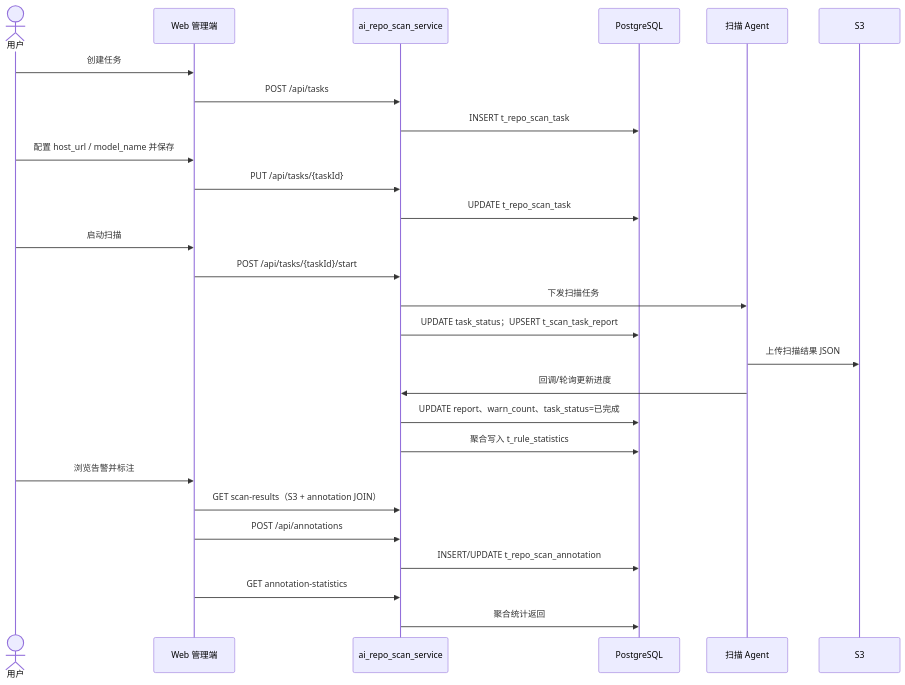
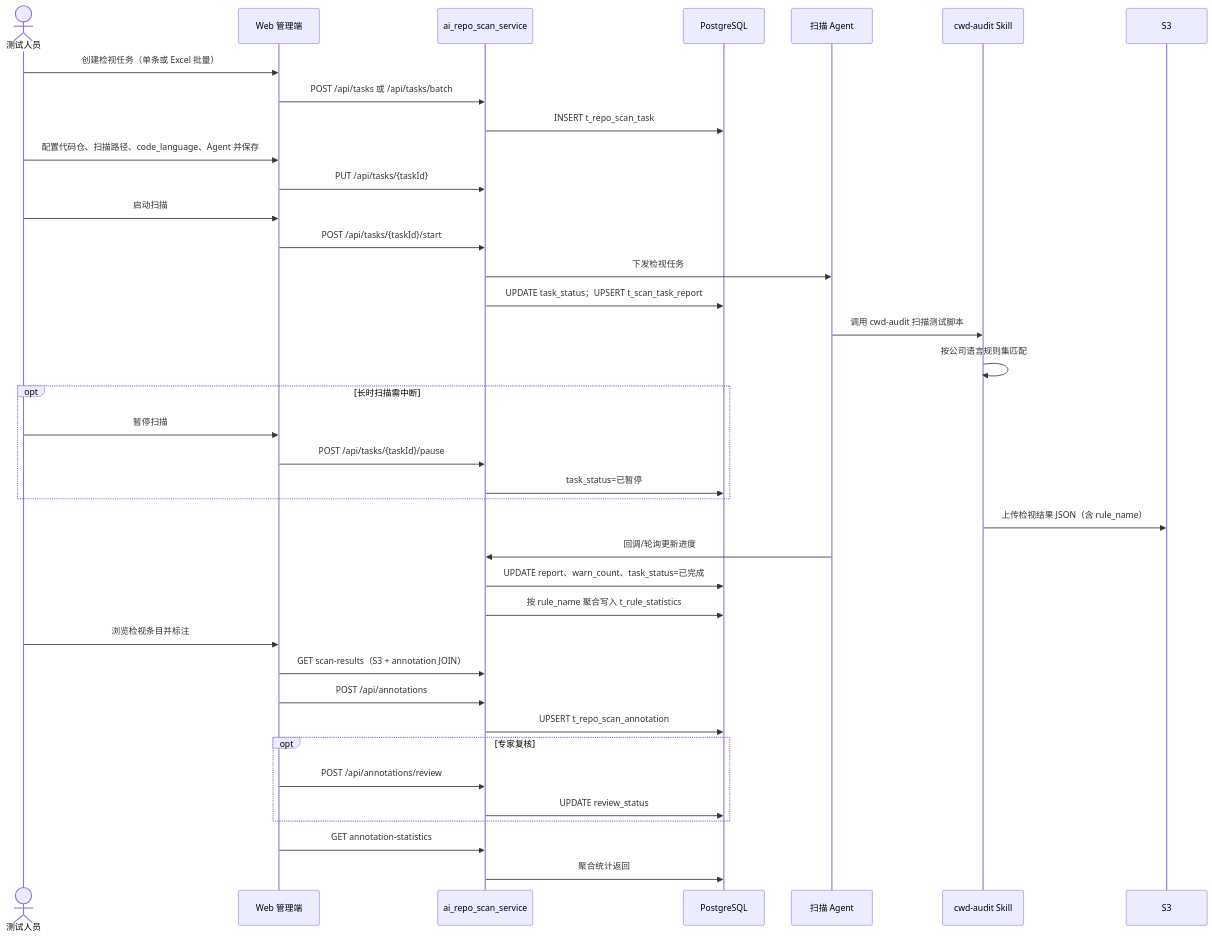
One commit to BeaconLin/aiRepoScan-hw changed the fourth of 10 diagrams in 设计文档.md. Above: the diagram before and after it, drawn with Mermaid. The commit also changed other lines of this file, not shown here.

````diff
--- a/设计文档.md
+++ b/设计文档.md
@@ -181,30 +250,41 @@
 ```mermaid
 sequenceDiagram
-    actor User as 用户
+    actor User as 测试人员
     participant Web as Web 管理端
     participant API as ai_repo_scan_service
     participant PG as PostgreSQL
     participant Agent as 扫描 Agent
+    participant Skill as cwd-audit Skill
     participant S3 as S3
 
-    User->>Web: 创建任务
-    Web->>API: POST /api/tasks
+    User->>Web: 创建检视任务（单条或 Excel 批量）
+    Web->>API: POST /api/tasks 或 /api/tasks/batch
     API->>PG: INSERT t_repo_scan_task
-    User->>Web: 配置 host_url / model_name 并保存
+    User->>Web: 配置代码仓、扫描路径、code_language、Agent 并保存
     Web->>API: PUT /api/tasks/{taskId}
-    API->>PG: UPDATE t_repo_scan_task
     User->>Web: 启动扫描
     Web->>API: POST /api/tasks/{taskId}/start
-    API->>Agent: 下发扫描任务
+    API->>Agent: 下发检视任务
     API->>PG: UPDATE task_status；UPSERT t_scan_task_report
-    Agent->>S3: 上传扫描结果 JSON
+    Agent->>Skill: 调用 cwd-audit 扫描测试脚本
+    Skill->>Skill: 按公司语言规则集匹配
+    opt 长时扫描需中断
+        User->>Web: 暂停扫描
+        Web->>API: POST /api/tasks/{taskId}/pause
+        API->>PG: task_status=已暂停
+    end
+    Skill->>S3: 上传检视结果 JSON（含 rule_name）
     Agent->>API: 回调/轮询更新进度
     API->>PG: UPDATE report、warn_count、task_status=已完成
-    API->>PG: 聚合写入 t_rule_statistics
-    User->>Web: 浏览告警并标注
+    API->>PG: 按 rule_name 聚合写入 t_rule_statistics
+    User->>Web: 浏览检视条目并标注
     Web->>API: GET scan-results（S3 + annotation JOIN）
     Web->>API: POST /api/annotations
-    API->>PG: INSERT/UPDATE t_repo_scan_annotation
+    API->>PG: UPSERT t_repo_scan_annotation
+    opt 专家复核
+        Web->>API: POST /api/annotations/review
+        API->>PG: UPDATE review_status
+    end
     Web->>API: GET annotation-statistics
     API->>PG: 聚合统计返回
 ```
````
